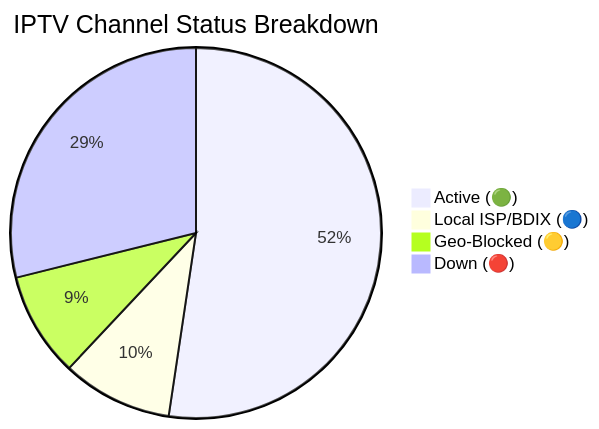
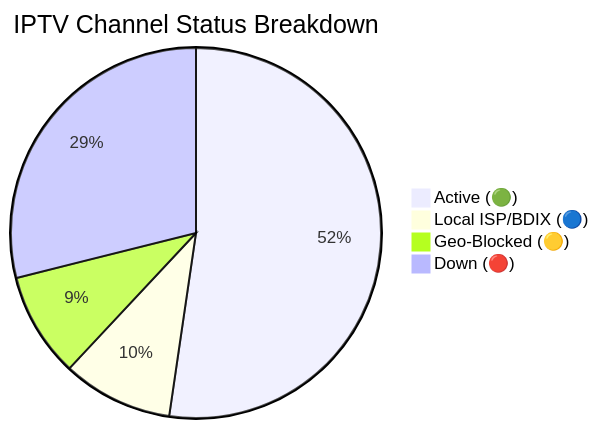
The diagram in README.md (f6388600-ai/Web), drawn with Mermaid before and after one commit. The commit also changed other lines of this file and 6 other files, not shown here.

````diff
--- a/README.md
+++ b/README.md
@@ -149,7 +149,7 @@
 ```mermaid
 pie title IPTV Channel Status Breakdown
-    "Active (🟢)" : 9013
-    "Local ISP/BDIX (🔵)" : 1660
-    "Geo-Blocked (🟡)" : 1570
-    "Down (🔴)" : 4971
+    "Active (🟢)" : 9017
+    "Local ISP/BDIX (🔵)" : 1663
+    "Geo-Blocked (🟡)" : 1573
+    "Down (🔴)" : 4982
 ```
````
